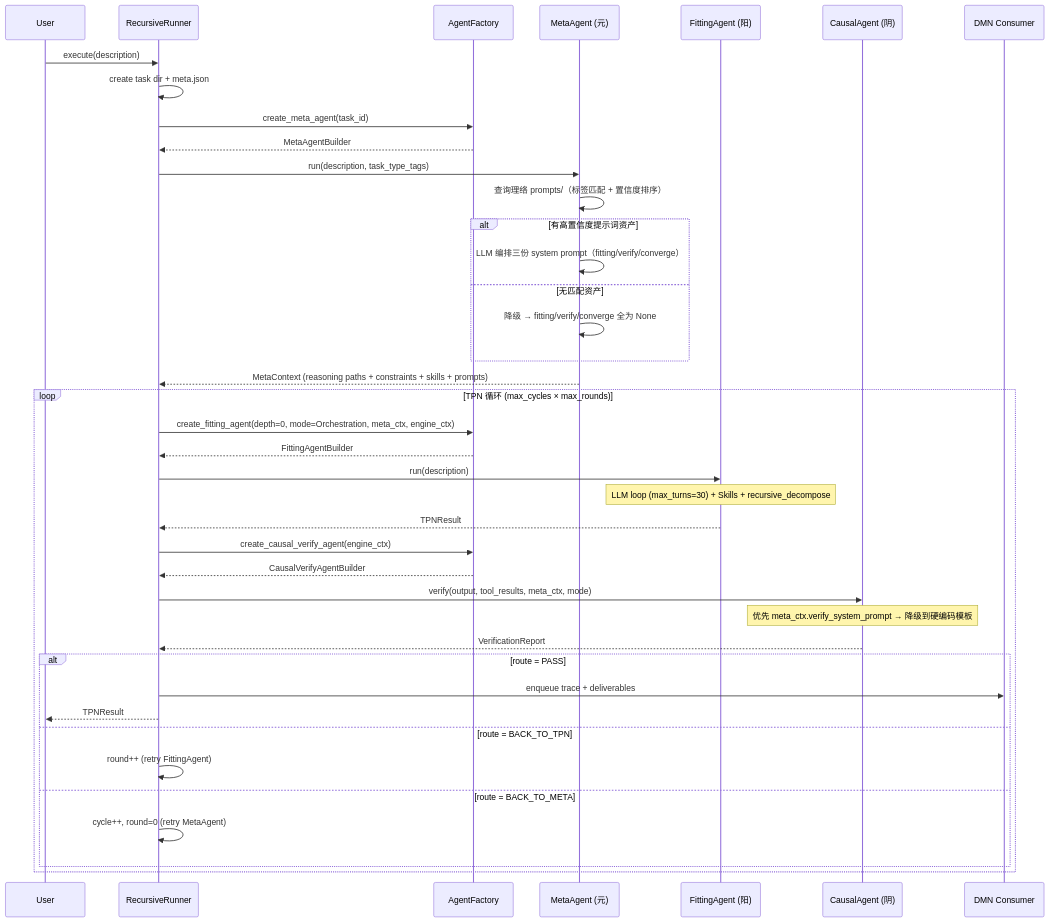
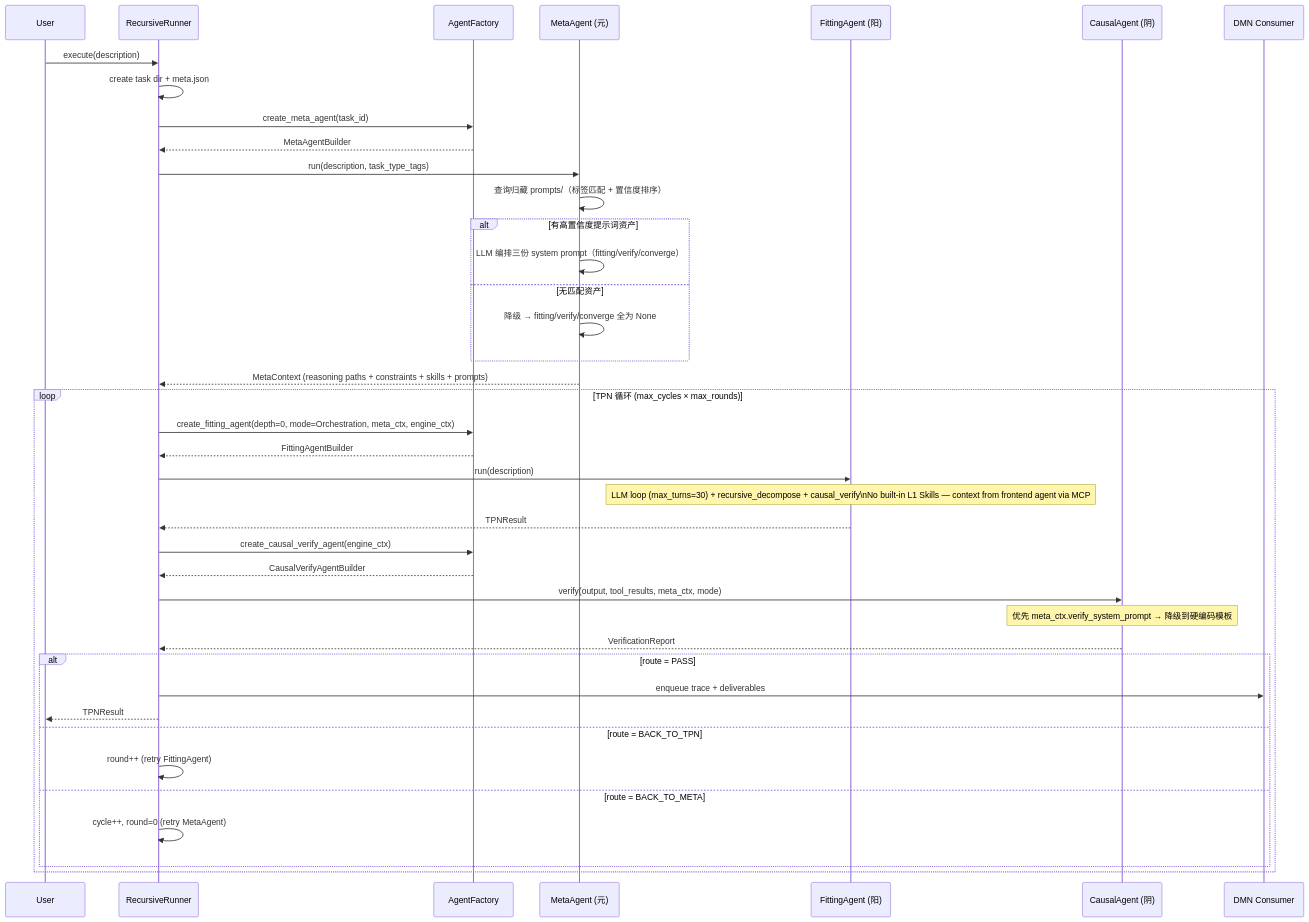
Before and after one commit to wenge6090-tech/taiji: the fourth of 7 diagrams in BCP-蓝图-完型协议.md, drawn with Mermaid. The commit also changed other lines of this file and 11 other files, not shown here.

First line of the commit message:
Phase 1-3: ExternalContext + L1 Skills 剥离 + BCP V13

````diff
--- a/BCP-蓝图-完型协议.md
+++ b/BCP-蓝图-完型协议.md
@@ -367,46 +387,46 @@
 ```mermaid
 sequenceDiagram
     participant U as User
     participant RR as RecursiveRunner
     participant AF as AgentFactory
     participant MA as MetaAgent (元)
     participant FA as FittingAgent (阳)
     participant CA as CausalAgent (阴)
     participant DMN as DMN Consumer
 
     U->>RR: execute(description)
     RR->>RR: create task dir + meta.json
     RR->>AF: create_meta_agent(task_id)
     AF-->>RR: MetaAgentBuilder
     RR->>MA: run(description, task_type_tags)
-    MA->>MA: 查询理络 prompts/（标签匹配 + 置信度排序）
+    MA->>MA: 查询归藏 prompts/（标签匹配 + 置信度排序）
     alt 有高置信度提示词资产
         MA->>MA: LLM 编排三份 system prompt（fitting/verify/converge）
     else 无匹配资产
         MA->>MA: 降级 → fitting/verify/converge 全为 None
     end
     MA-->>RR: MetaContext (reasoning paths + constraints + skills + prompts)
 
     loop TPN 循环 (max_cycles × max_rounds)
         RR->>AF: create_fitting_agent(depth=0, mode=Orchestration, meta_ctx, engine_ctx)
         AF-->>RR: FittingAgentBuilder
         RR->>FA: run(description)
-        Note over FA: LLM loop (max_turns=30) + Skills + recursive_decompose
+        Note over FA: LLM loop (max_turns=30) + recursive_decompose + causal_verify\nNo built-in L1 Skills — context from frontend agent via MCP
         FA-->>RR: TPNResult
 
         RR->>AF: create_causal_verify_agent(engine_ctx)
         AF-->>RR: CausalVerifyAgentBuilder
         RR->>CA: verify(output, tool_results, meta_ctx, mode)
         Note over CA: 优先 meta_ctx.verify_system_prompt → 降级到硬编码模板
         CA-->>RR: VerificationReport
 
         alt route = PASS
             RR->>DMN: enqueue trace + deliverables
             RR-->>U: TPNResult
         else route = BACK_TO_TPN
             RR->>RR: round++ (retry FittingAgent)
         else route = BACK_TO_META
             RR->>RR: cycle++, round=0 (retry MetaAgent)
         end
     end
 ```
````
